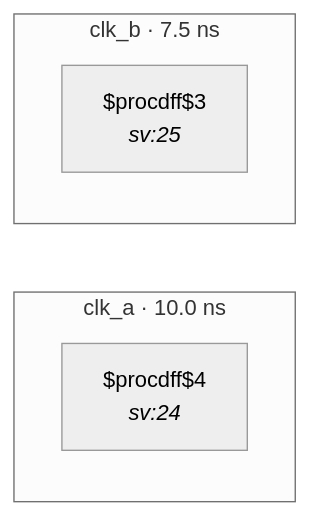
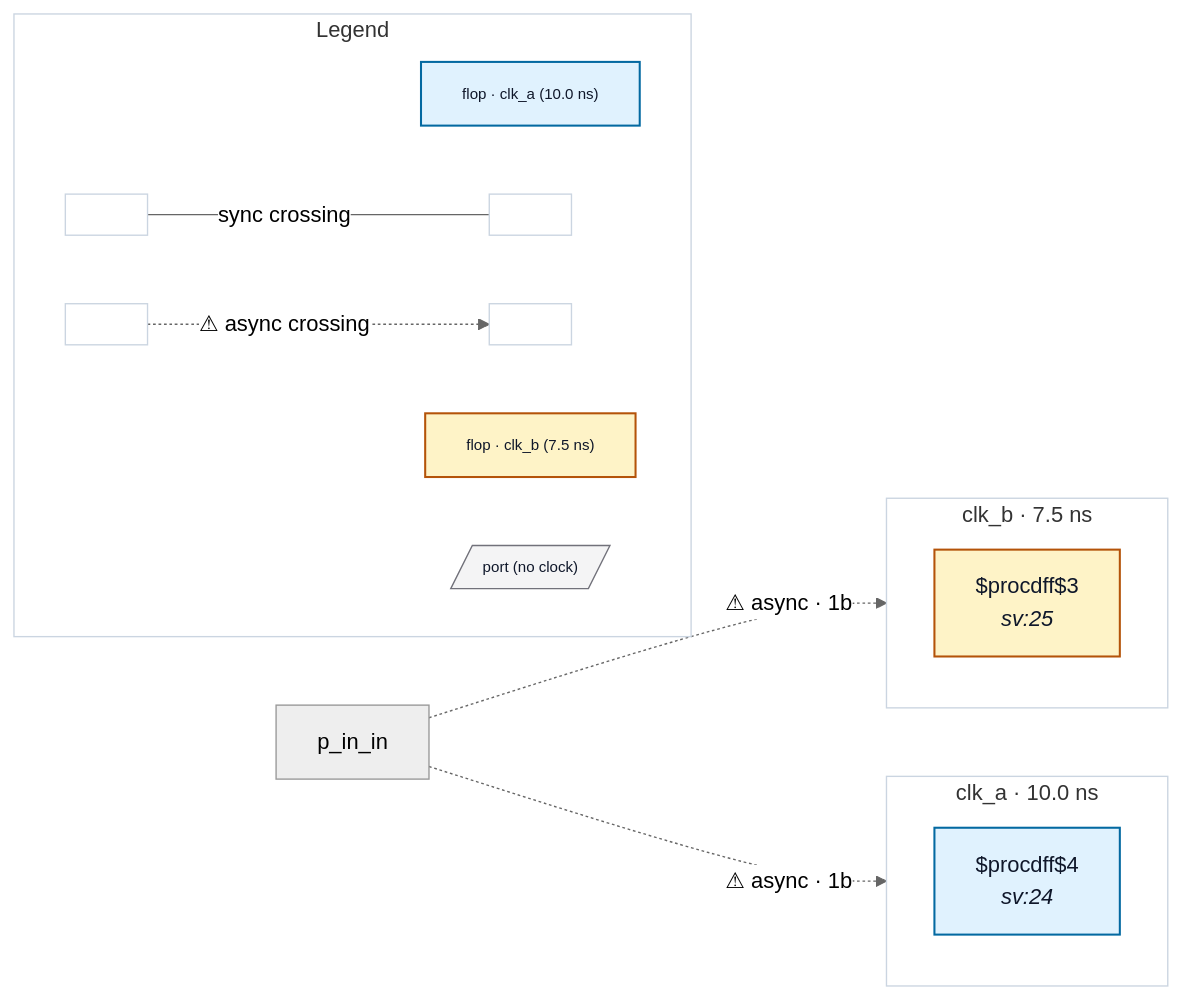
One commit to rtl-buddy/rtl-buddy-cdc changed the diagram in tests/fixtures/bad_unconstrained_input_two_domains/README.md. Above: the diagram before and after it, drawn with Mermaid (neutral theme). The commit also changed 71 other files, not shown here.

First line of the commit message:
Refresh fixture READMEs + render iterations (colors, legend, nested ports, clock-net edges)

````diff
--- a/tests/fixtures/bad_unconstrained_input_two_domains/README.md
+++ b/tests/fixtures/bad_unconstrained_input_two_domains/README.md
@@ -18,13 +18,40 @@
 ```mermaid
 %% bad_unconstrained_input_two_domains — generated by rtl-buddy-cdc render
 flowchart LR
   subgraph clk_clk_a["clk_a · 10.0 ns"]
     direction TB
-    f_8498d5a5["$procdff$4<br/><i>sv:24</i>"]
+    f_8498d5a5["$procdff$4<br/><i>sv:24</i>"]:::ckcls_clk_a
   end
   subgraph clk_clk_b["clk_b · 7.5 ns"]
     direction TB
-    f_55f12a67["$procdff$3<br/><i>sv:25</i>"]
+    f_55f12a67["$procdff$3<br/><i>sv:25</i>"]:::ckcls_clk_b
   end
-  classDef port fill:#f4f4f5,stroke:#71717a
+  p_in_in -. "⚠ async · 1b" .-> f_55f12a67
+  p_in_in -. "⚠ async · 1b" .-> f_8498d5a5
+  subgraph rb_legend["Legend"]
+    direction LR
+    lg_clk_clk_a["flop · clk_a (10.0 ns)"]:::ckcls_clk_a
+    lg_clk_clk_b["flop · clk_b (7.5 ns)"]:::ckcls_clk_b
+    lg_port[/"port (no clock)"/]:::port_unassigned
+    lg_sync_a[" "]:::ckcls_legend_neutral
+    lg_sync_b[" "]:::ckcls_legend_neutral
+    lg_async_a[" "]:::ckcls_legend_neutral
+    lg_async_b[" "]:::ckcls_legend_neutral
+    lg_sync_a --- |"sync crossing"| lg_sync_b
+    lg_async_a -. "⚠ async crossing" .-> lg_async_b
+  end
+  style clk_clk_a fill:none,stroke:#cbd5e1
+  style clk_clk_b fill:none,stroke:#cbd5e1
+  style rb_legend fill:none,stroke:#cbd5e1
+  style lg_clk_clk_a font-size:11px
+  style lg_clk_clk_b font-size:11px
+  style lg_port font-size:11px
+  style lg_sync_a font-size:11px
+  style lg_sync_b font-size:11px
+  style lg_async_a font-size:11px
+  style lg_async_b font-size:11px
+  classDef ckcls_clk_a fill:#e0f2fe,stroke:#0369a1,stroke-width:1.5px,color:#0f172a
+  classDef ckcls_clk_b fill:#fef3c7,stroke:#b45309,stroke-width:1.5px,color:#0f172a
+  classDef port_unassigned fill:#f4f4f5,stroke:#71717a,color:#0f172a
+  classDef ckcls_legend_neutral fill:#ffffff,stroke:#cbd5e1,stroke-width:1px,color:#0f172a
 ```
````
